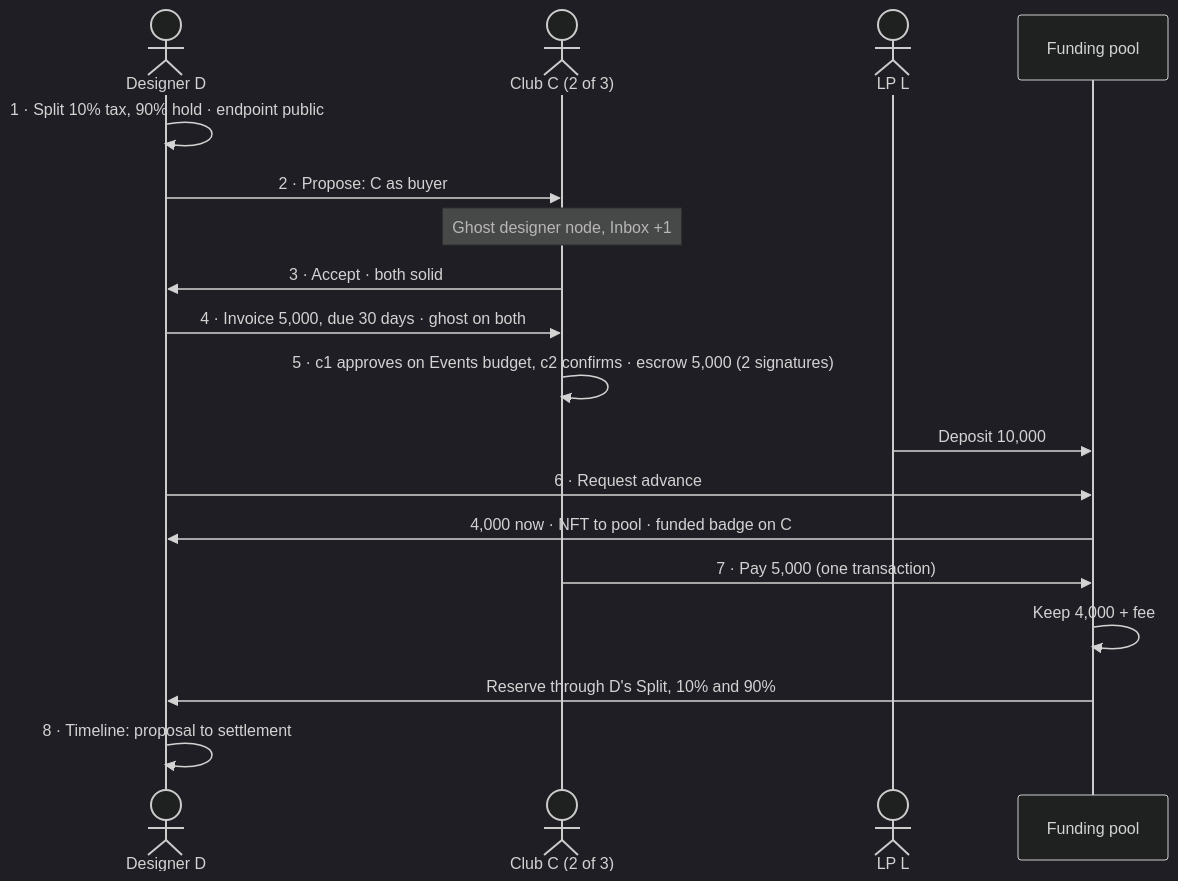
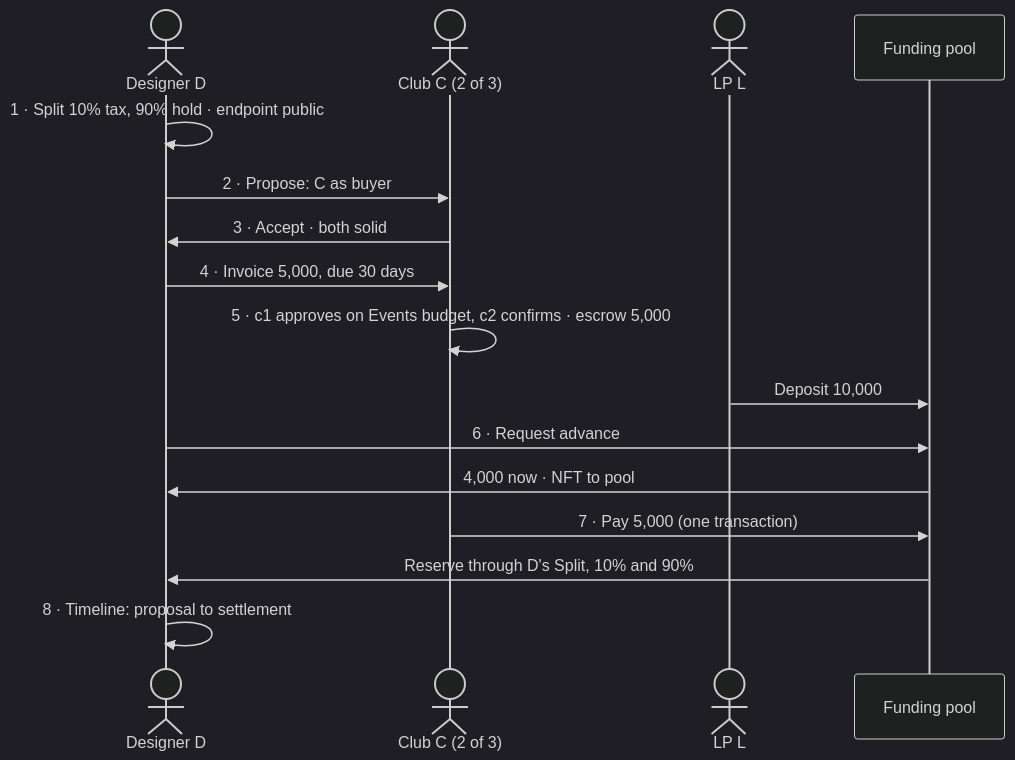
One commit to HoangDucBach/zal changed the second of 2 diagrams in docs/product/prd.md. Above: the diagram before and after it, drawn with Mermaid (dark theme). The commit also changed other lines of this file and 1 other file, not shown here.

````diff
--- a/docs/product/prd.md
+++ b/docs/product/prd.md
@@ -275,20 +182,18 @@
 ```mermaid
 sequenceDiagram
     actor D as Designer D
     actor C as Club C (2 of 3)
     actor L as LP L
     participant P as Funding pool
     D->>D: 1 · Split 10% tax, 90% hold · endpoint public
     D->>C: 2 · Propose: C as buyer
-    Note over C: Ghost designer node, Inbox +1
     C->>D: 3 · Accept · both solid
-    D->>C: 4 · Invoice 5,000, due 30 days · ghost on both
-    C->>C: 5 · c1 approves on Events budget, c2 confirms · escrow 5,000 (2 signatures)
+    D->>C: 4 · Invoice 5,000, due 30 days
+    C->>C: 5 · c1 approves on Events budget, c2 confirms · escrow 5,000
     L->>P: Deposit 10,000
     D->>P: 6 · Request advance
-    P->>D: 4,000 now · NFT to pool · funded badge on C
+    P->>D: 4,000 now · NFT to pool
     C->>P: 7 · Pay 5,000 (one transaction)
-    P->>P: Keep 4,000 + fee
     P->>D: Reserve through D's Split, 10% and 90%
     D->>D: 8 · Timeline: proposal to settlement
 ```
````
